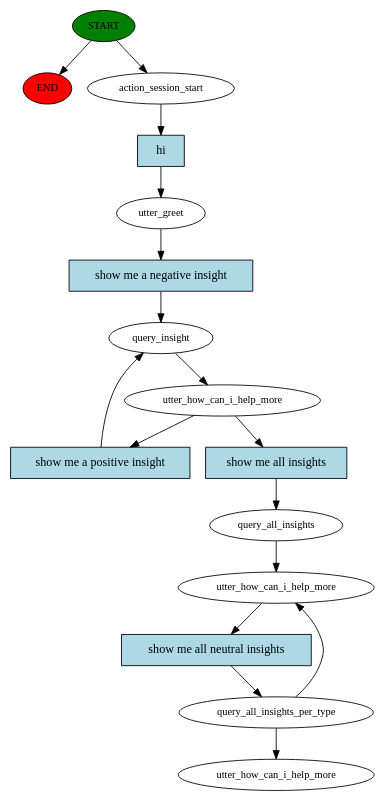
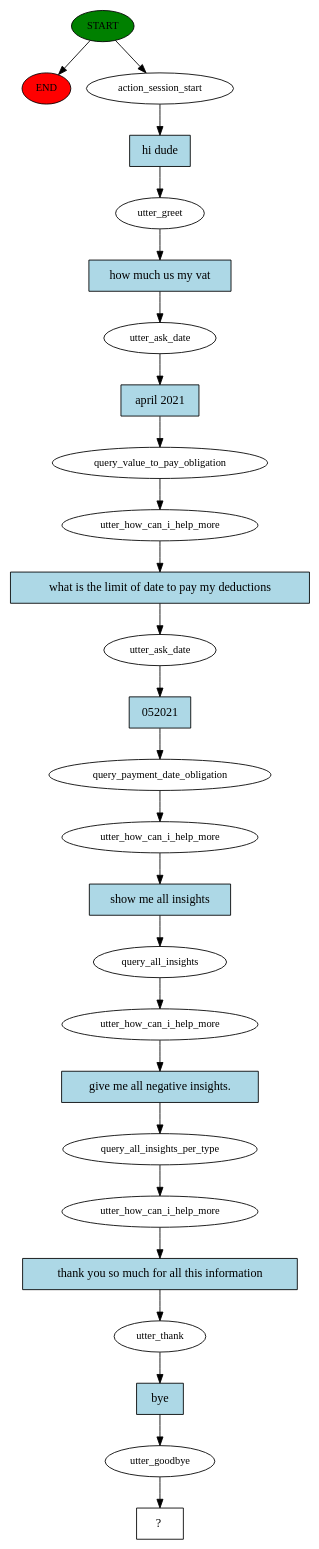
Before and after one commit to isabelSoares/PrimaveraChatBot: the diagram in story_graph.dot, drawn with Graphviz. The commit also changed 7 other files, not shown here.

Commit message:
Added 'thank you' rule and more intents to the bot

```diff
--- a/story_graph.dot
+++ b/story_graph.dot
@@ -1,33 +1,53 @@
 digraph  {
 0 [class="start active", fillcolor=green, fontsize=12, label=START, style=filled];
 "-1" [class=end, fillcolor=red, fontsize=12, label=END, style=filled];
 1 [class=active, fontsize=12, label=action_session_start];
 2 [class=active, fontsize=12, label=utter_greet];
-3 [class=active, fontsize=12, label=query_insight];
-4 [class=active, fontsize=12, label=utter_how_can_i_help_more];
+3 [class=active, fontsize=12, label=utter_ask_date];
+4 [class=active, fontsize=12, label=query_value_to_pay_obligation];
+5 [class=active, fontsize=12, label=utter_how_can_i_help_more];
+6 [class=active, fontsize=12, label=utter_ask_date];
+7 [class=active, fontsize=12, label=query_payment_date_obligation];
+8 [class=active, fontsize=12, label=utter_how_can_i_help_more];
 9 [class=active, fontsize=12, label=query_all_insights];
 10 [class=active, fontsize=12, label=utter_how_can_i_help_more];
 11 [class=active, fontsize=12, label=query_all_insights_per_type];
-16 [class="dashed active", fontsize=12, label=utter_how_can_i_help_more];
-17 [class="intent active", fillcolor=lightblue, label=hi, shape=rect, style=filled];
-18 [class="intent active", fillcolor=lightblue, label="show me a negative insight", shape=rect, style=filled];
-19 [class="intent active", fillcolor=lightblue, label="show me a positive insight", shape=rect, style=filled];
-20 [class="intent active", fillcolor=lightblue, label="show me all insights", shape=rect, style=filled];
-21 [class="intent active", fillcolor=lightblue, label="show me all neutral insights", shape=rect, style=filled];
+12 [class=active, fontsize=12, label=utter_how_can_i_help_more];
+13 [class=active, fontsize=12, label=utter_thank];
+14 [class=active, fontsize=12, label=utter_goodbye];
+15 [class="intent dashed active", label="  ?  ", shape=rect];
+16 [class="intent active", fillcolor=lightblue, label="hi dude", shape=rect, style=filled];
+17 [class="intent active", fillcolor=lightblue, label="how much us my vat", shape=rect, style=filled];
+18 [class="intent active", fillcolor=lightblue, label="april 2021", shape=rect, style=filled];
+19 [class="intent active", fillcolor=lightblue, label="what is the limit of date to pay my deductions", shape=rect, style=filled];
+20 [class="intent active", fillcolor=lightblue, label=052021, shape=rect, style=filled];
+21 [class="intent active", fillcolor=lightblue, label="show me all insights", shape=rect, style=filled];
+22 [class="intent active", fillcolor=lightblue, label="give me all negative insights.", shape=rect, style=filled];
+23 [class="intent active", fillcolor=lightblue, label="thank you so much for all this information", shape=rect, style=filled];
+24 [class="intent active", fillcolor=lightblue, label=bye, shape=rect, style=filled];
 0 -> "-1"  [class="", key=NONE, label=""];
 0 -> 1  [class=active, key=NONE, label=""];
-1 -> 17  [class=active, key=0];
-2 -> 18  [class=active, key=0];
-3 -> 4  [class=active, key=NONE, label=""];
-4 -> 19  [class=active, key=0];
-4 -> 20  [class=active, key=0];
+1 -> 16  [class=active, key=0];
+2 -> 17  [class=active, key=0];
+3 -> 18  [class=active, key=0];
+4 -> 5  [class=active, key=NONE, label=""];
+5 -> 19  [class=active, key=0];
+6 -> 20  [class=active, key=0];
+7 -> 8  [class=active, key=NONE, label=""];
+8 -> 21  [class=active, key=0];
 9 -> 10  [class=active, key=NONE, label=""];
-10 -> 21  [class=active, key=0];
-11 -> 10  [class=active, key=NONE, label=""];
-11 -> 16  [class=active, key=NONE, label=""];
-17 -> 2  [class=active, key=0];
-18 -> 3  [class=active, key=0];
-19 -> 3  [class=active, key=0];
-20 -> 9  [class=active, key=0];
-21 -> 11  [class=active, key=0];
+10 -> 22  [class=active, key=0];
+11 -> 12  [class=active, key=NONE, label=""];
+12 -> 23  [class=active, key=0];
+13 -> 24  [class=active, key=0];
+14 -> 15  [class=active, key=NONE, label=""];
+16 -> 2  [class=active, key=0];
+17 -> 3  [class=active, key=0];
+18 -> 4  [class=active, key=0];
+19 -> 6  [class=active, key=0];
+20 -> 7  [class=active, key=0];
+21 -> 9  [class=active, key=0];
+22 -> 11  [class=active, key=0];
+23 -> 13  [class=active, key=0];
+24 -> 14  [class=active, key=0];
 }
```
